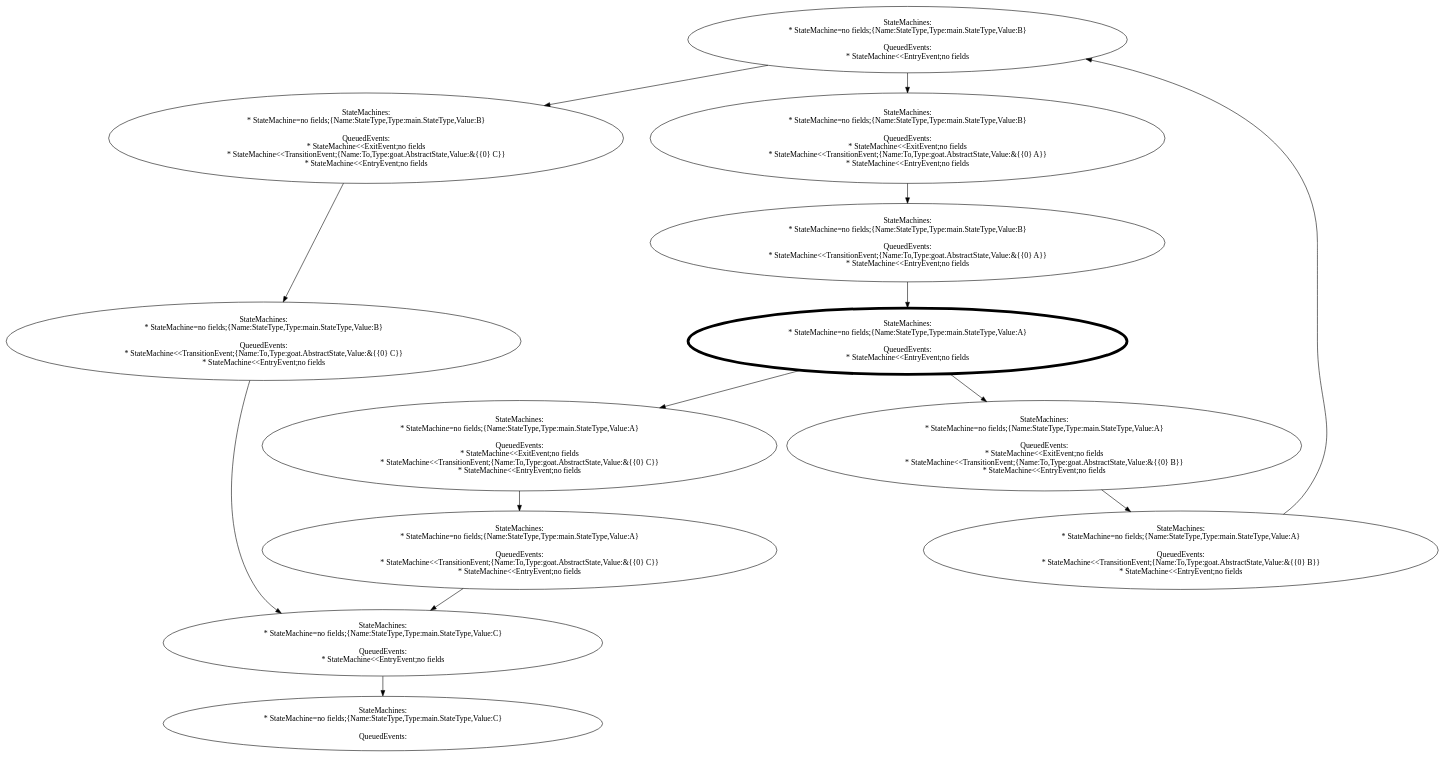
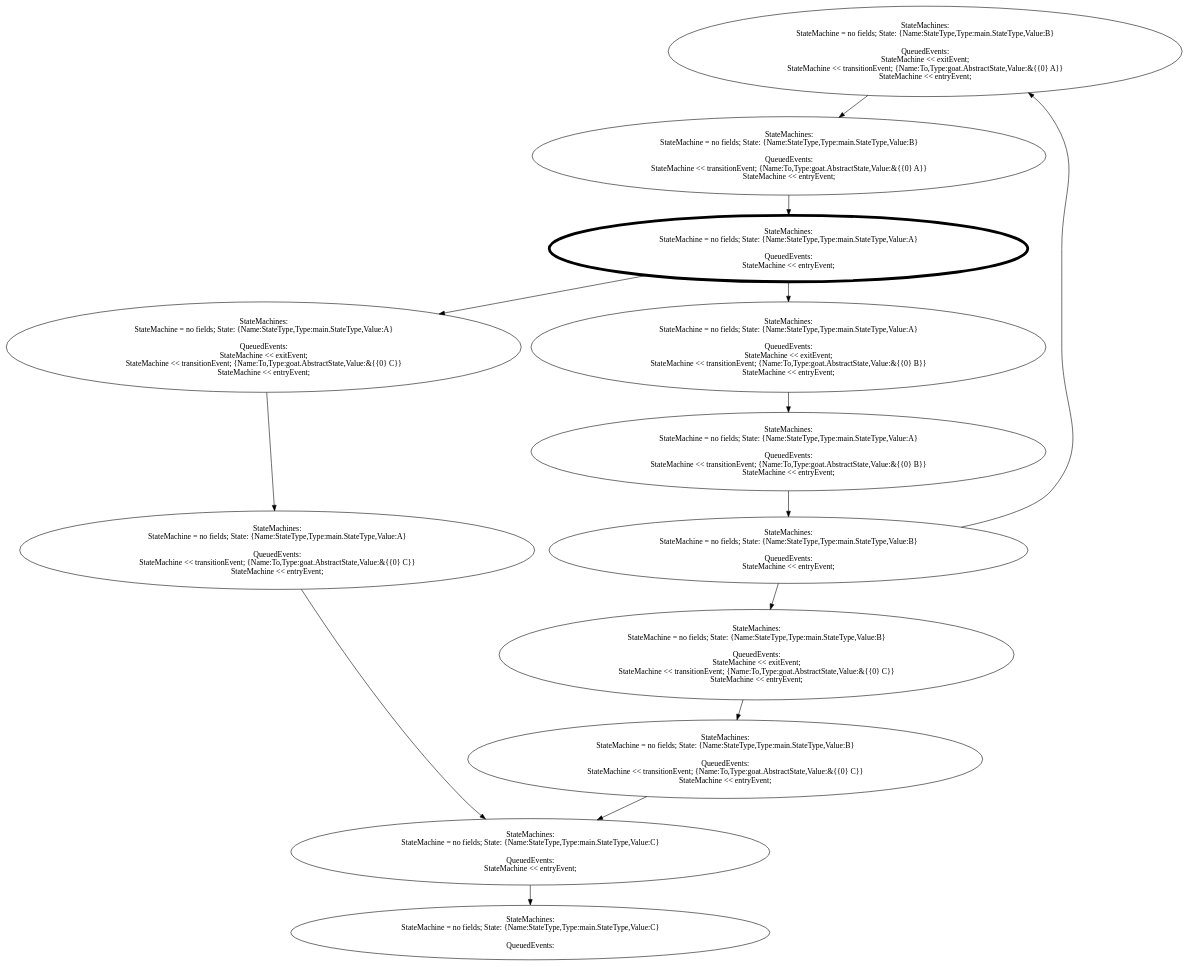
Before and after one commit to hono0130/goat: the diagram in example/simple-non-deterministic/diagram.dot, drawn with Graphviz. The commit also changed 27 other files, not shown here.

Commit message:
refactor: regenerate example diagrams and add WriteDot utility

```diff
--- a/example/simple-non-deterministic/diagram.dot
+++ b/example/simple-non-deterministic/diagram.dot
@@ -1,87 +1,87 @@
 digraph {
-  17964288042359039285 [ label="StateMachines:
-* StateMachine=no fields;{Name:StateType,Type:main.StateType,Value:B}
+  987794805182658016 [ label="StateMachines:
+StateMachine = no fields; State: {Name:StateType,Type:main.StateType,Value:B}
 
 QueuedEvents:
-* StateMachine<<EntryEvent;no fields" ];
-  6082823301770540954 [ label="StateMachines:
-* StateMachine=no fields;{Name:StateType,Type:main.StateType,Value:B}
+StateMachine << exitEvent;
+StateMachine << transitionEvent; {Name:To,Type:goat.AbstractState,Value:&{{0} A}}
+StateMachine << entryEvent;" ];
+  2575511341864644269 [ label="StateMachines:
+StateMachine = no fields; State: {Name:StateType,Type:main.StateType,Value:C}
+
+QueuedEvents:" ];
+  5097618433102130894 [ label="StateMachines:
+StateMachine = no fields; State: {Name:StateType,Type:main.StateType,Value:A}
 
 QueuedEvents:
-* StateMachine<<ExitEvent;no fields
-* StateMachine<<TransitionEvent;{Name:To,Type:goat.AbstractState,Value:&{{0} C}}
-* StateMachine<<EntryEvent;no fields" ];
-  7640619707847766127 [ label="StateMachines:
-* StateMachine=no fields;{Name:StateType,Type:main.StateType,Value:B}
+StateMachine << exitEvent;
+StateMachine << transitionEvent; {Name:To,Type:goat.AbstractState,Value:&{{0} B}}
+StateMachine << entryEvent;" ];
+  5527857267847071282 [ label="StateMachines:
+StateMachine = no fields; State: {Name:StateType,Type:main.StateType,Value:C}
 
 QueuedEvents:
-* StateMachine<<TransitionEvent;{Name:To,Type:goat.AbstractState,Value:&{{0} A}}
-* StateMachine<<EntryEvent;no fields" ];
-  3108951696325647426 [ label="StateMachines:
-* StateMachine=no fields;{Name:StateType,Type:main.StateType,Value:A}
+StateMachine << entryEvent;" ];
+  5627962369265483989 [ label="StateMachines:
+StateMachine = no fields; State: {Name:StateType,Type:main.StateType,Value:A}
 
 QueuedEvents:
-* StateMachine<<ExitEvent;no fields
-* StateMachine<<TransitionEvent;{Name:To,Type:goat.AbstractState,Value:&{{0} B}}
-* StateMachine<<EntryEvent;no fields" ];
-  8391995857098703778 [ label="StateMachines:
-* StateMachine=no fields;{Name:StateType,Type:main.StateType,Value:C}
+StateMachine << exitEvent;
+StateMachine << transitionEvent; {Name:To,Type:goat.AbstractState,Value:&{{0} C}}
+StateMachine << entryEvent;" ];
+  6054779806285993961 [ label="StateMachines:
+StateMachine = no fields; State: {Name:StateType,Type:main.StateType,Value:B}
 
 QueuedEvents:
-* StateMachine<<EntryEvent;no fields" ];
-  7139566126375982976 [ label="StateMachines:
-* StateMachine=no fields;{Name:StateType,Type:main.StateType,Value:B}
+StateMachine << entryEvent;" ];
+  6322186062374911897 [ label="StateMachines:
+StateMachine = no fields; State: {Name:StateType,Type:main.StateType,Value:B}
 
 QueuedEvents:
-* StateMachine<<ExitEvent;no fields
-* StateMachine<<TransitionEvent;{Name:To,Type:goat.AbstractState,Value:&{{0} A}}
-* StateMachine<<EntryEvent;no fields" ];
-  6346312002851470401 [ label="StateMachines:
-* StateMachine=no fields;{Name:StateType,Type:main.StateType,Value:B}
+StateMachine << transitionEvent; {Name:To,Type:goat.AbstractState,Value:&{{0} C}}
+StateMachine << entryEvent;" ];
+  7616493767371207623 [ label="StateMachines:
+StateMachine = no fields; State: {Name:StateType,Type:main.StateType,Value:B}
 
 QueuedEvents:
-* StateMachine<<TransitionEvent;{Name:To,Type:goat.AbstractState,Value:&{{0} C}}
-* StateMachine<<EntryEvent;no fields" ];
-  17512442101710683052 [ label="StateMachines:
-* StateMachine=no fields;{Name:StateType,Type:main.StateType,Value:A}
+StateMachine << transitionEvent; {Name:To,Type:goat.AbstractState,Value:&{{0} A}}
+StateMachine << entryEvent;" ];
+  9959765463187636756 [ label="StateMachines:
+StateMachine = no fields; State: {Name:StateType,Type:main.StateType,Value:A}
 
 QueuedEvents:
-* StateMachine<<EntryEvent;no fields" ];
-  17512442101710683052 [ penwidth=5 ];
-  3884178862275712841 [ label="StateMachines:
-* StateMachine=no fields;{Name:StateType,Type:main.StateType,Value:A}
+StateMachine << entryEvent;" ];
+  9959765463187636756 [ penwidth=5 ];
+  14011300246296273222 [ label="StateMachines:
+StateMachine = no fields; State: {Name:StateType,Type:main.StateType,Value:A}
 
 QueuedEvents:
-* StateMachine<<ExitEvent;no fields
-* StateMachine<<TransitionEvent;{Name:To,Type:goat.AbstractState,Value:&{{0} C}}
-* StateMachine<<EntryEvent;no fields" ];
-  12562971346113468414 [ label="StateMachines:
-* StateMachine=no fields;{Name:StateType,Type:main.StateType,Value:A}
+StateMachine << transitionEvent; {Name:To,Type:goat.AbstractState,Value:&{{0} C}}
+StateMachine << entryEvent;" ];
+  14786808887223160653 [ label="StateMachines:
+StateMachine = no fields; State: {Name:StateType,Type:main.StateType,Value:A}
 
 QueuedEvents:
-* StateMachine<<TransitionEvent;{Name:To,Type:goat.AbstractState,Value:&{{0} C}}
-* StateMachine<<EntryEvent;no fields" ];
-  17194766139364348873 [ label="StateMachines:
-* StateMachine=no fields;{Name:StateType,Type:main.StateType,Value:C}
-
-QueuedEvents:" ];
-  13338479987040355845 [ label="StateMachines:
-* StateMachine=no fields;{Name:StateType,Type:main.StateType,Value:A}
+StateMachine << transitionEvent; {Name:To,Type:goat.AbstractState,Value:&{{0} B}}
+StateMachine << entryEvent;" ];
+  18132631349523233274 [ label="StateMachines:
+StateMachine = no fields; State: {Name:StateType,Type:main.StateType,Value:B}
 
 QueuedEvents:
-* StateMachine<<TransitionEvent;{Name:To,Type:goat.AbstractState,Value:&{{0} B}}
-* StateMachine<<EntryEvent;no fields" ];
-  12562971346113468414 -> 8391995857098703778;
-  3108951696325647426 -> 13338479987040355845;
-  13338479987040355845 -> 17964288042359039285;
-  17964288042359039285 -> 6082823301770540954;
-  17964288042359039285 -> 7139566126375982976;
-  7640619707847766127 -> 17512442101710683052;
-  6082823301770540954 -> 6346312002851470401;
-  6346312002851470401 -> 8391995857098703778;
-  17512442101710683052 -> 3108951696325647426;
-  17512442101710683052 -> 3884178862275712841;
-  3884178862275712841 -> 12562971346113468414;
-  8391995857098703778 -> 17194766139364348873;
-  7139566126375982976 -> 7640619707847766127;
+StateMachine << exitEvent;
+StateMachine << transitionEvent; {Name:To,Type:goat.AbstractState,Value:&{{0} C}}
+StateMachine << entryEvent;" ];
+  987794805182658016 -> 7616493767371207623;
+  5097618433102130894 -> 14786808887223160653;
+  5527857267847071282 -> 2575511341864644269;
+  5627962369265483989 -> 14011300246296273222;
+  6054779806285993961 -> 987794805182658016;
+  6054779806285993961 -> 18132631349523233274;
+  6322186062374911897 -> 5527857267847071282;
+  7616493767371207623 -> 9959765463187636756;
+  9959765463187636756 -> 5097618433102130894;
+  9959765463187636756 -> 5627962369265483989;
+  14011300246296273222 -> 5527857267847071282;
+  14786808887223160653 -> 6054779806285993961;
+  18132631349523233274 -> 6322186062374911897;
 }
```
